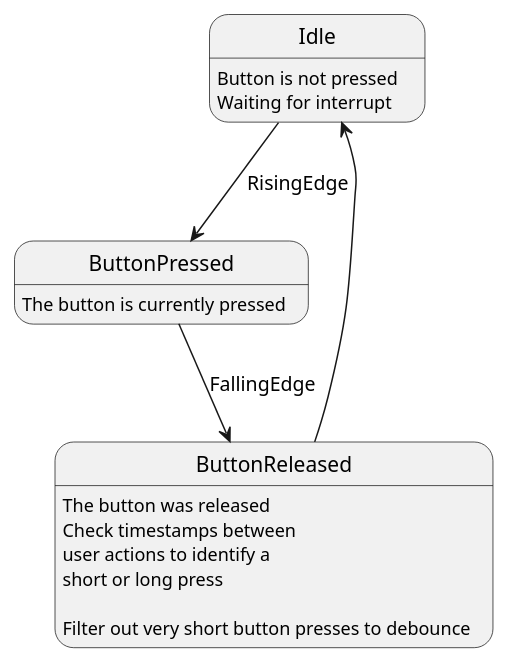
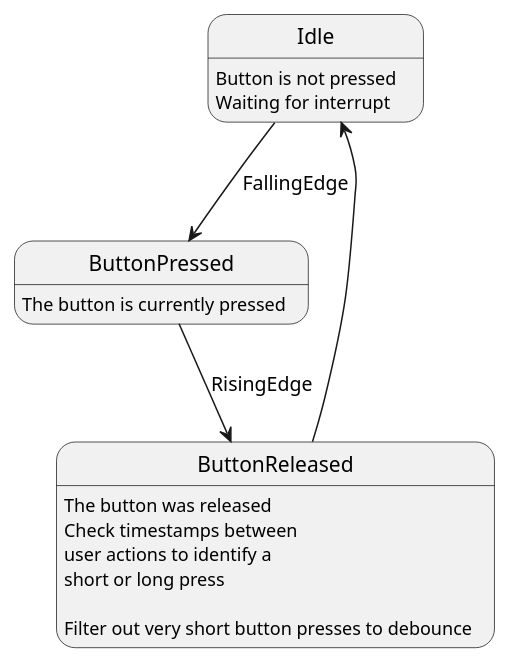
One commit to coconut147/piMac changed the diagram in piMac_Systemcontroller/button.md. Above: the diagram before and after it, drawn with PlantUML. The commit also changed other lines of this file and 2 other files, not shown here.

````diff
--- a/piMac_Systemcontroller/button.md
+++ b/piMac_Systemcontroller/button.md
@@ -30,17 +25,17 @@
 ```plantuml
 
 
 @startuml
 
 state Idle : Button is not pressed \nWaiting for interrupt
 
 state ButtonPressed : The button is currently pressed
 state ButtonReleased: The button was released\nCheck timestamps between\nuser actions to identify a\nshort or long press\n\nFilter out very short button presses to debounce
 
-Idle --> ButtonPressed : RisingEdge
-ButtonPressed --> ButtonReleased : FallingEdge
+Idle --> ButtonPressed : FallingEdge
+ButtonPressed --> ButtonReleased : RisingEdge
 ButtonReleased --> Idle 
 
 @enduml
 
 ```
````
